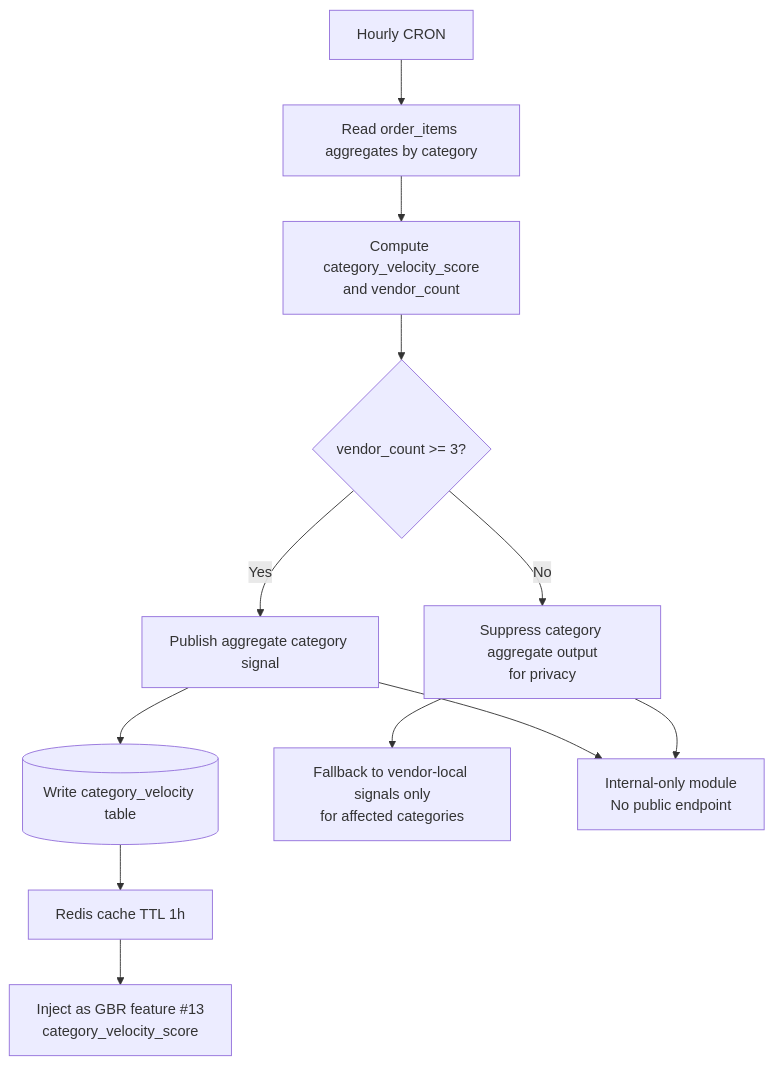
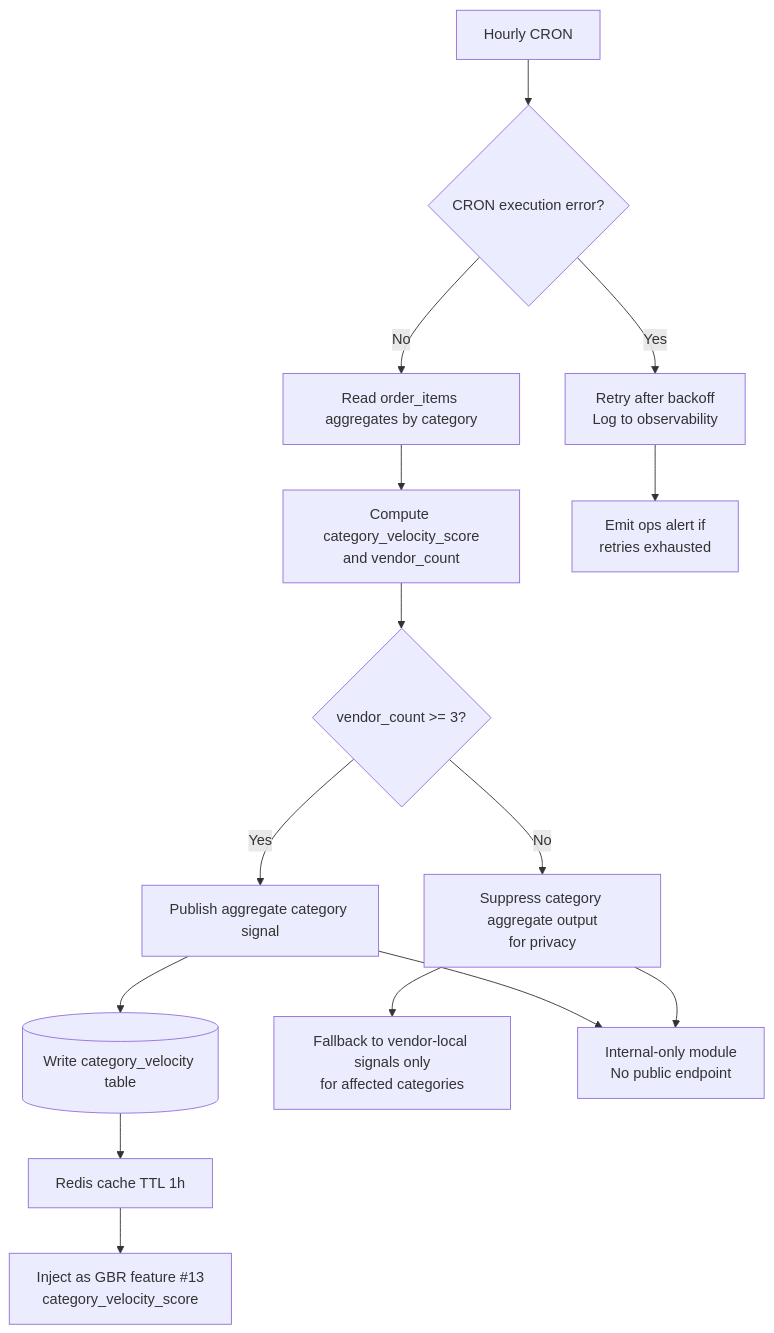
One commit to SagarBiswas-MultiHAT/PRISM-Commerce changed the diagram in assets/Diagrams/E). AI & ML Pipeline/30-cross-vendor-category-emergence-hourly-pipeline.mmd. Above: the diagram before and after it, drawn with Mermaid. The commit also changed 19 other files, not shown here.

Commit message:
docs: add comprehensive system architecture, database schema, and AI pipeline diagrams to project documentation

```diff
--- a/assets/Diagrams/E). AI & ML Pipeline/30-cross-vendor-category-emergence-hourly-pipeline.mmd
+++ b/assets/Diagrams/E). AI & ML Pipeline/30-cross-vendor-category-emergence-hourly-pipeline.mmd
@@ -1,25 +1,32 @@
 flowchart TB
   %% Diagram 30: Cross-Vendor Category Emergence Hourly Pipeline
 
   Cron[Hourly CRON]
   Read[Read order_items aggregates by category]
   Compute[Compute category_velocity_score\nand vendor_count]
   PrivacyGate{vendor_count >= 3?}
 
   Publish[Publish aggregate category signal]
   Persist[(Write category_velocity table)]
   Cache[Redis cache TTL 1h]
   FeatureInject[Inject as GBR feature #13\ncategory_velocity_score]
 
   Suppress[Suppress category aggregate output\nfor privacy]
   Fallback[Fallback to vendor-local signals only\nfor affected categories]
 
   InternalOnly[Internal-only module\nNo public endpoint]
 
-  Cron --> Read --> Compute --> PrivacyGate
+  CronFail{CRON execution error?}
+  RetryJob[Retry after backoff\nLog to observability]
+  CronAlert[Emit ops alert if\nretries exhausted]
+
+  Cron --> CronFail
+  CronFail -- No --> Read --> Compute --> PrivacyGate
+  CronFail -- Yes --> RetryJob
+  RetryJob --> CronAlert
 
   PrivacyGate -- Yes --> Publish --> Persist --> Cache --> FeatureInject
   PrivacyGate -- No --> Suppress --> Fallback
 
   Publish --> InternalOnly
   Suppress --> InternalOnly
```
